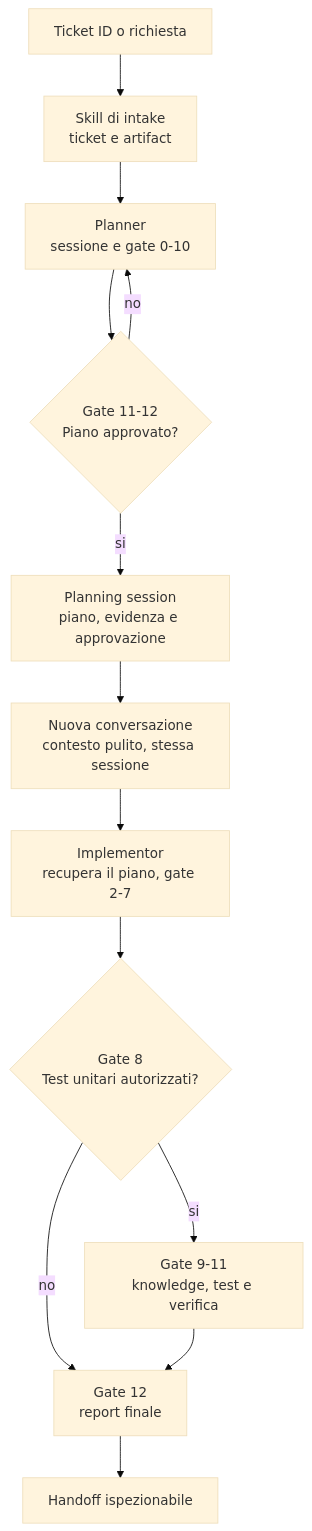
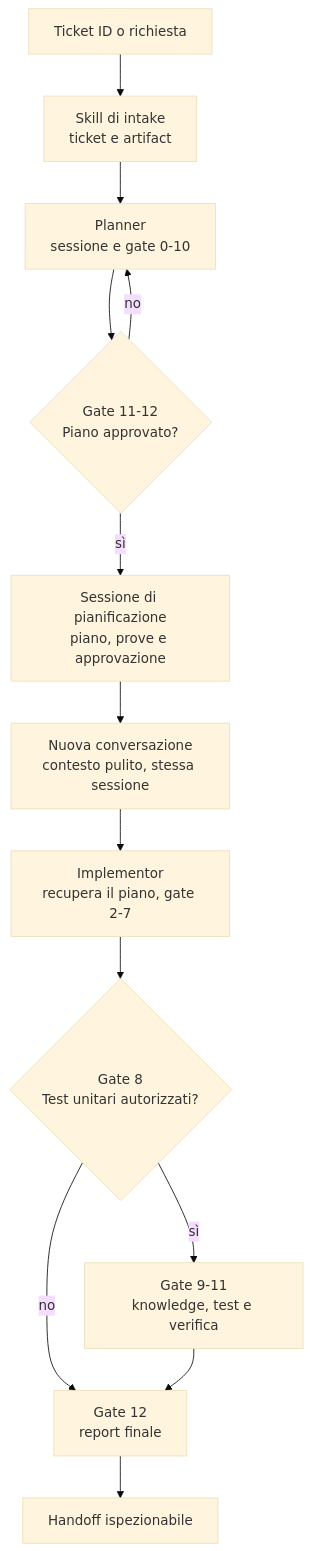
One commit to violabg/agentic-system-lessons changed the diagram in slides/reference-flow.md. Above: the diagram before and after it, drawn with Mermaid (base theme). The commit also changed other lines of this file and 51 other files, not shown here.

````diff
--- a/slides/reference-flow.md
+++ b/slides/reference-flow.md
@@ -7,15 +9,15 @@
 ```mermaid
 flowchart TD
     Ticket[Ticket ID o richiesta] --> Intake[Skill di intake<br/>ticket e artifact]
     Intake --> Planner[Planner<br/>sessione e gate 0-10]
     Planner --> Approval{Gate 11-12<br/>Piano approvato?}
     Approval -->|no| Planner
-    Approval -->|si| Record[Planning session<br/>piano, evidenza e approvazione]
+    Approval -->|sì| Record[Sessione di pianificazione<br/>piano, prove e approvazione]
     Record --> Fresh[Nuova conversazione<br/>contesto pulito, stessa sessione]
     Fresh --> Implementor[Implementor<br/>recupera il piano, gate 2-7]
     Implementor --> Tests{Gate 8<br/>Test unitari autorizzati?}
-    Tests -->|si| TestRun[Gate 9-11<br/>knowledge, test e verifica]
+    Tests -->|sì| TestRun[Gate 9-11<br/>knowledge, test e verifica]
     Tests -->|no| Report[Gate 12<br/>report finale]
     TestRun --> Report
     Report --> Handoff[Handoff ispezionabile]
 ```
````
